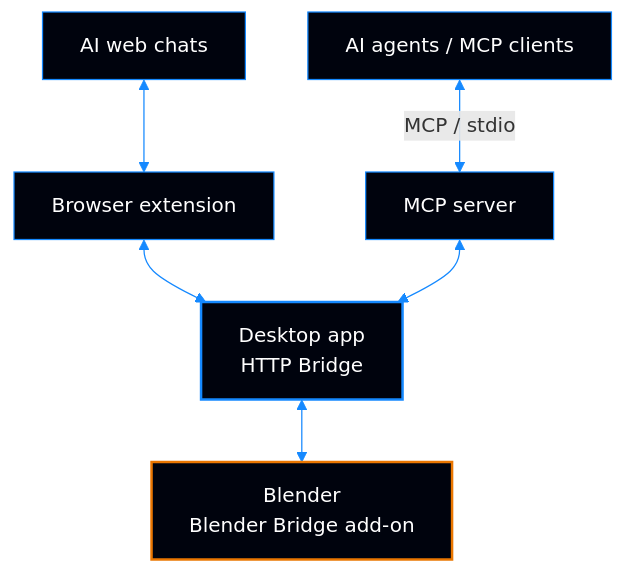
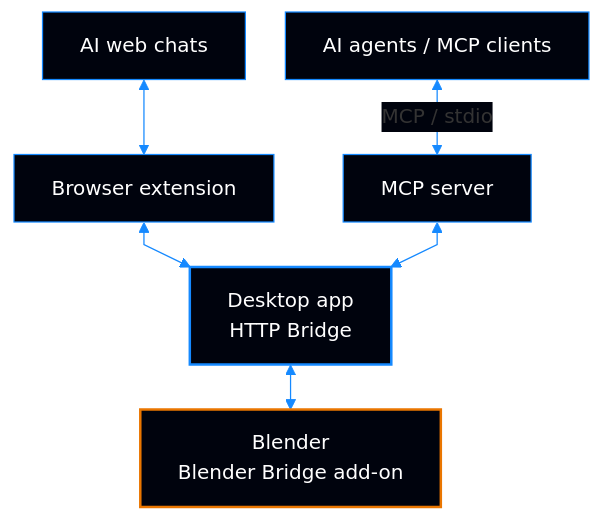
One commit to Blender-Bridge/blender-bridge changed the diagram in README.md. Above: the diagram before and after it, drawn with Mermaid.

Commit message:
Refine architecture diagram typography and routing

````diff
--- a/README.md
+++ b/README.md
@@ -41,16 +41,17 @@
 ```mermaid
+%%{init: {"theme":"base","themeVariables":{"fontFamily":"Arial, sans-serif","fontSize":"16px","lineColor":"#1589ff","textColor":"#ffffff","edgeLabelBackground":"#00030d"},"flowchart":{"curve":"linear","nodeSpacing":32,"rankSpacing":36}}}%%
 flowchart TB
     chat["AI web chats"] <--> extension["Browser extension"]
     agent["AI agents / MCP clients"] <-->|MCP / stdio| mcp["MCP server"]
     extension <--> bridge["Desktop app<br/>HTTP Bridge"]
     mcp <--> bridge
     bridge <--> blender["Blender<br/>Blender Bridge add-on"]
 
     classDef ai fill:#00030d,stroke:#1589ff,color:#ffffff
     classDef core fill:#00030d,stroke:#1589ff,color:#ffffff,stroke-width:2px
     classDef scene fill:#00030d,stroke:#ea7600,color:#ffffff,stroke-width:2px
     class chat,agent,extension,mcp ai
     class bridge core
     class blender scene
     linkStyle default stroke:#1589ff
 ```
````
